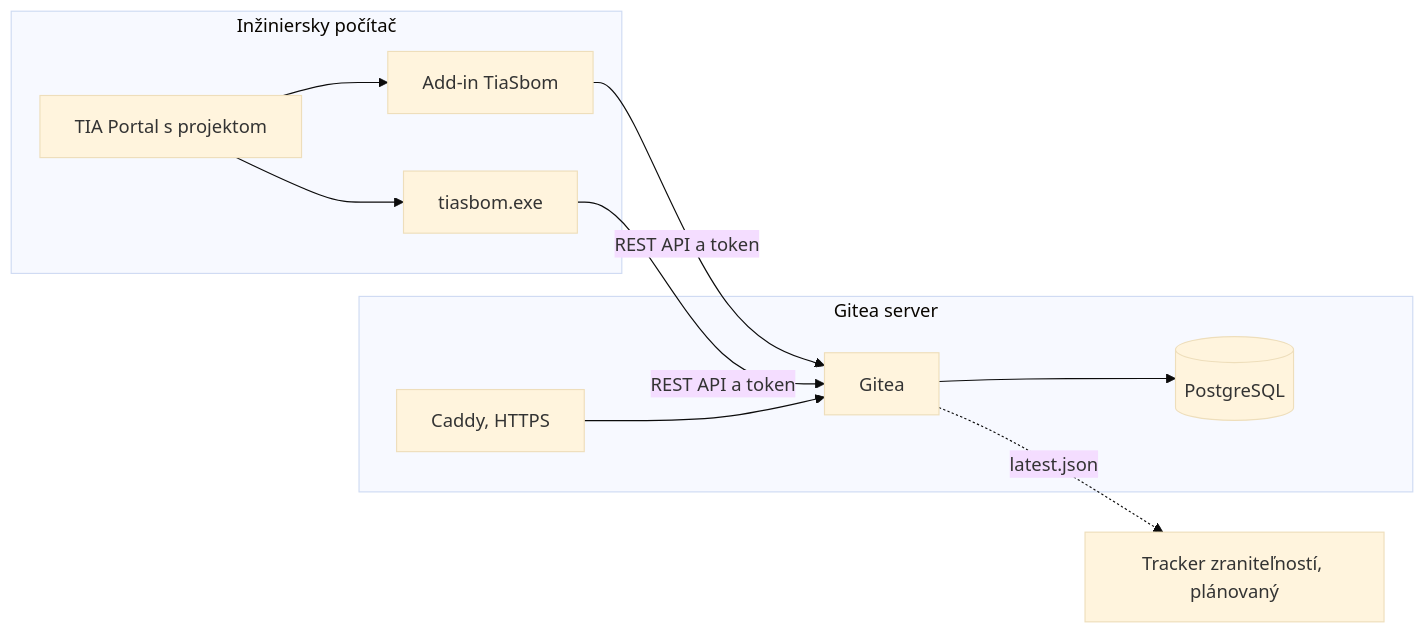
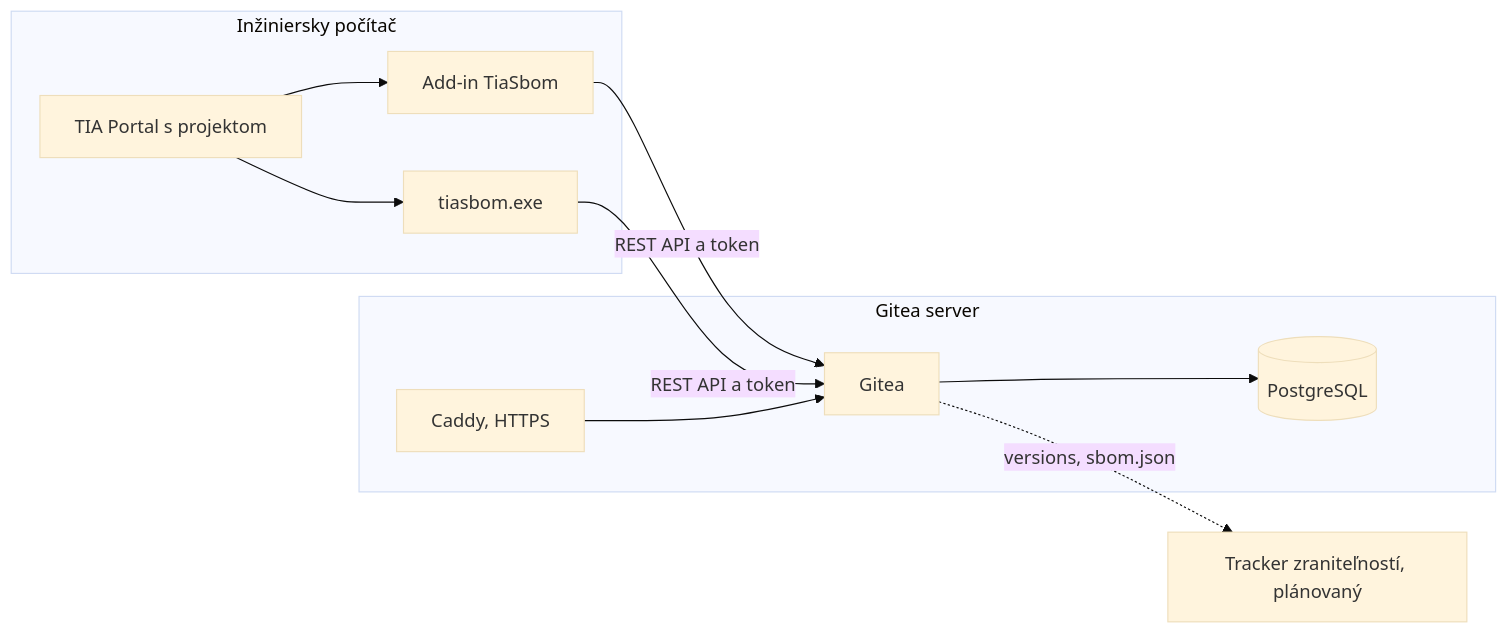
Before and after one commit to xsugra/tia-sbom-utility: the diagram in docs/README.md, drawn with Mermaid (base theme). The commit also changed 22 other files, not shown here.

````diff
--- a/docs/README.md
+++ b/docs/README.md
@@ -25,22 +25,22 @@
 ```mermaid
 flowchart LR
     subgraph ES["Inžiniersky počítač"]
         TIA["TIA Portal s projektom"]
         ADDIN["Add-in TiaSbom"]
         CLI["tiasbom.exe"]
     end
     subgraph SRV["Gitea server"]
         CADDY["Caddy, HTTPS"]
         GITEA["Gitea"]
         DB[("PostgreSQL")]
     end
     TRACKER["Tracker zraniteľností, plánovaný"]
 
     TIA --> ADDIN
     TIA --> CLI
     ADDIN -->|"REST API a token"| GITEA
     CLI -->|"REST API a token"| GITEA
     CADDY --> GITEA
     GITEA --> DB
-    GITEA -.->|"latest.json"| TRACKER
+    GITEA -.->|"versions, sbom.json"| TRACKER
 ```
````
